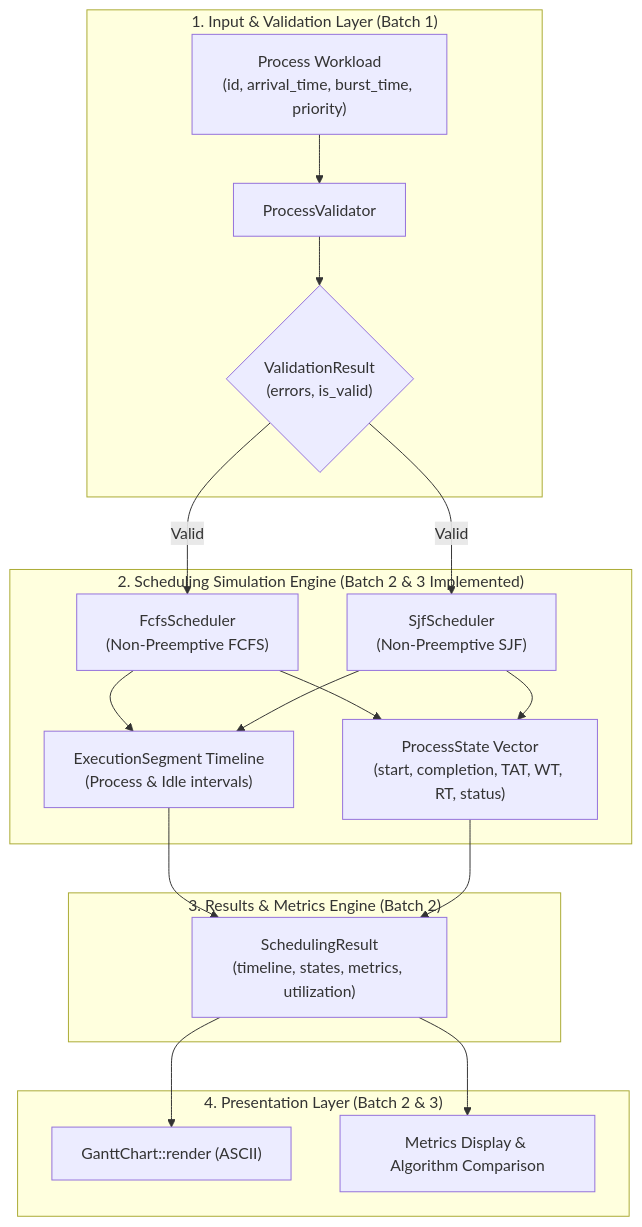
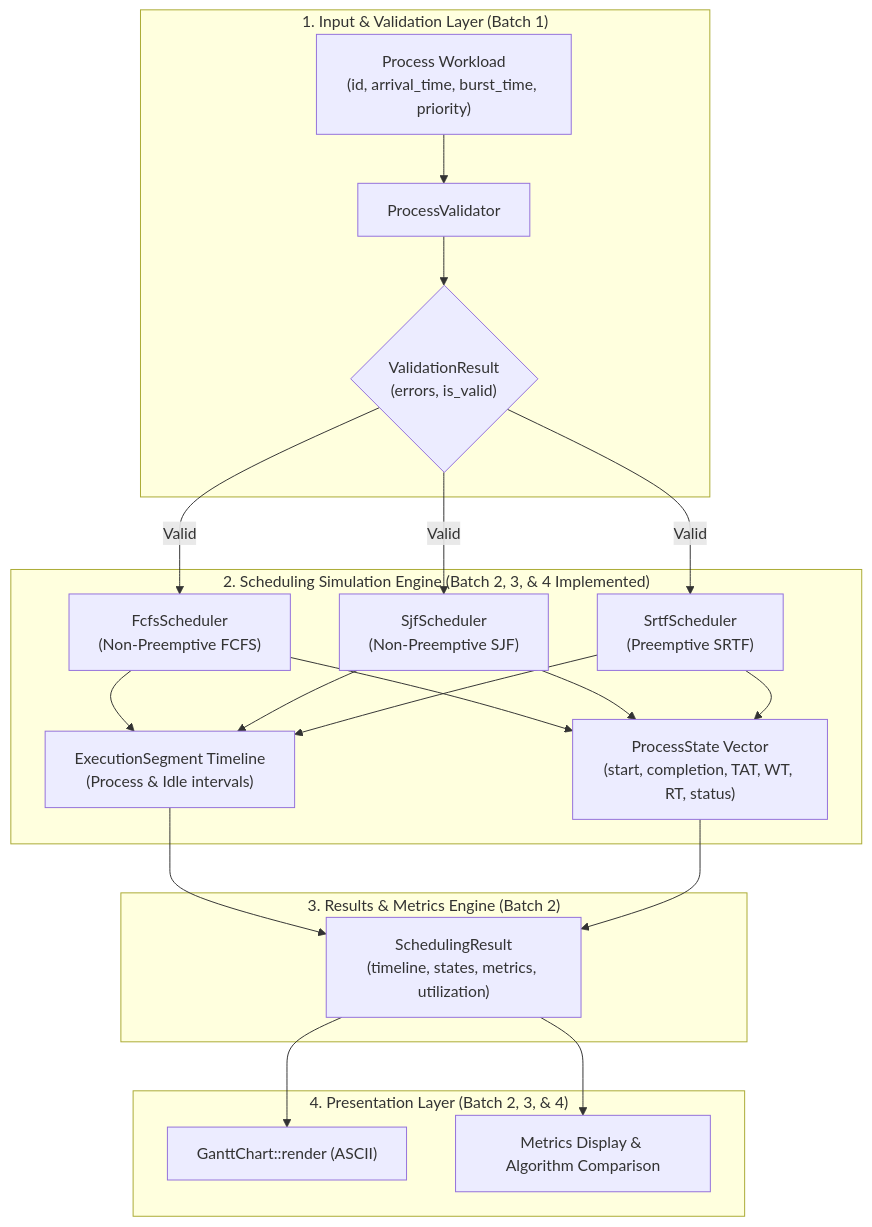
The diagram in docs/ARCHITECTURE.md (ThunderSkull7/cpu-scheduling-simulator), drawn with Mermaid before and after one commit. The commit also changed other lines of this file and 7 other files, not shown here.

Commit message:
feat: implement preemptive SRTF scheduling algorithm

````diff
--- a/docs/ARCHITECTURE.md
+++ b/docs/ARCHITECTURE.md
@@ -16,23 +16,24 @@
 ```mermaid
 flowchart TD
     subgraph InputLayer["1. Input & Validation Layer (Batch 1)"]
         RawWorkload["Process Workload\n(id, arrival_time, burst_time, priority)"] --> Validator["ProcessValidator"]
         Validator --> ValidationResult{"ValidationResult\n(errors, is_valid)"}
     end
 
-    subgraph SimulationLayer["2. Scheduling Simulation Engine (Batch 2 & 3 Implemented)"]
+    subgraph SimulationLayer["2. Scheduling Simulation Engine (Batch 2, 3, & 4 Implemented)"]
         ValidationResult -->|Valid| Fcfs["FcfsScheduler\n(Non-Preemptive FCFS)"]
         ValidationResult -->|Valid| Sjf["SjfScheduler\n(Non-Preemptive SJF)"]
-        Fcfs & Sjf --> ProcessState["ProcessState Vector\n(start, completion, TAT, WT, RT, status)"]
-        Fcfs & Sjf --> Timeline["ExecutionSegment Timeline\n(Process & Idle intervals)"]
+        ValidationResult -->|Valid| Srtf["SrtfScheduler\n(Preemptive SRTF)"]
+        Fcfs & Sjf & Srtf --> ProcessState["ProcessState Vector\n(start, completion, TAT, WT, RT, status)"]
+        Fcfs & Sjf & Srtf --> Timeline["ExecutionSegment Timeline\n(Process & Idle intervals)"]
     end
 
     subgraph AnalyticsLayer["3. Results & Metrics Engine (Batch 2)"]
         Timeline & ProcessState --> SchedulingResult["SchedulingResult\n(timeline, states, metrics, utilization)"]
     end
 
-    subgraph PresentationLayer["4. Presentation Layer (Batch 2 & 3)"]
+    subgraph PresentationLayer["4. Presentation Layer (Batch 2, 3, & 4)"]
         SchedulingResult --> GanttChart["GanttChart::render (ASCII)"]
         SchedulingResult --> CliMetrics["Metrics Display & Algorithm Comparison"]
     end
 ```
````
